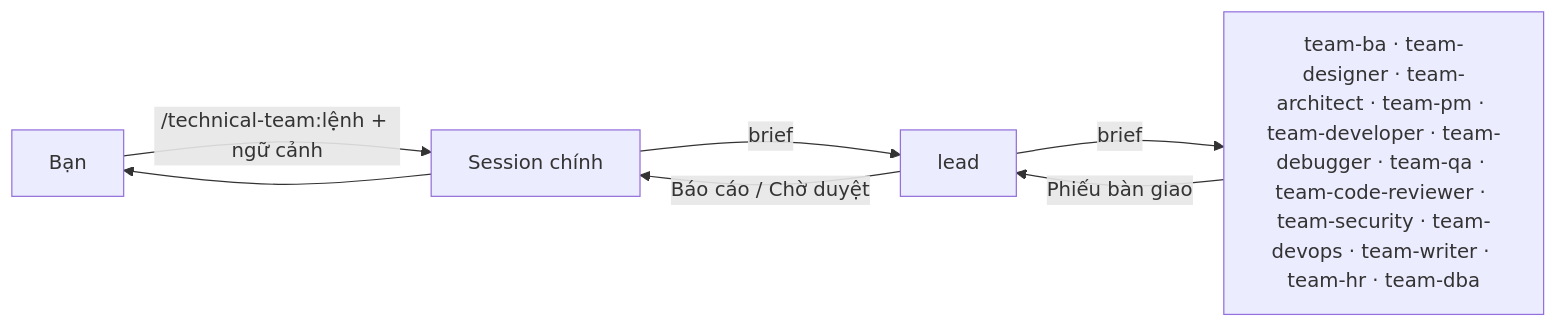
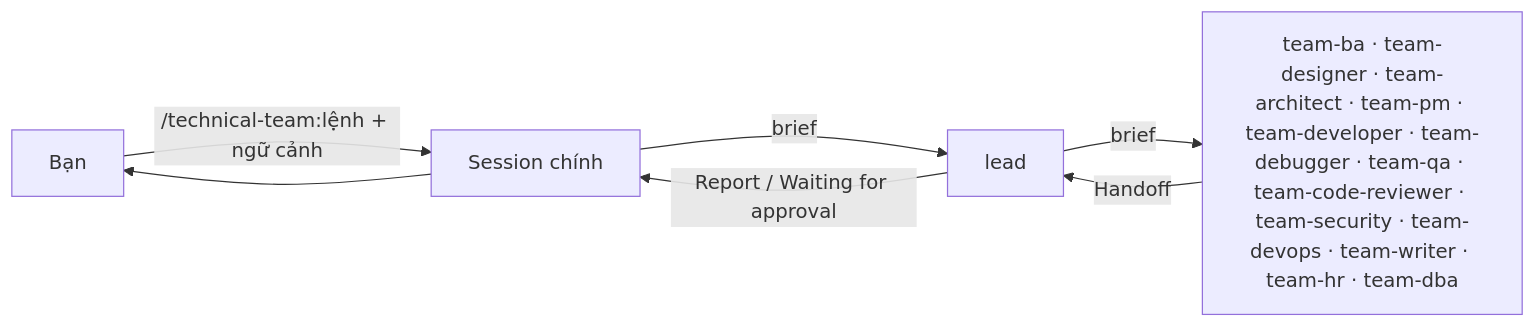
One commit to Tuan-Quyen/technical-teams changed the first of 4 diagrams in README.md. Above: the diagram before and after it, drawn with Mermaid. The commit also changed other lines of this file and 34 other files, not shown here.

First line of the commit message:
English handoff and report labels; handoff carries context for the next agent

````diff
--- a/README.md
+++ b/README.md
@@ -14,8 +14,8 @@
 ```mermaid
 flowchart LR
   U[Bạn] -->|/technical-team:lệnh + ngữ cảnh| M[Session chính]
   M -->|brief| L[lead]
   L -->|brief| T[team-ba · team-designer · team-architect · team-pm · team-developer · team-debugger · team-qa · team-code-reviewer · team-security · team-devops · team-writer · team-hr · team-dba]
-  T -->|Phiếu bàn giao| L
-  L -->|Báo cáo / Chờ duyệt| M --> U
+  T -->|Handoff| L
+  L -->|Report / Waiting for approval| M --> U
 ```
````
